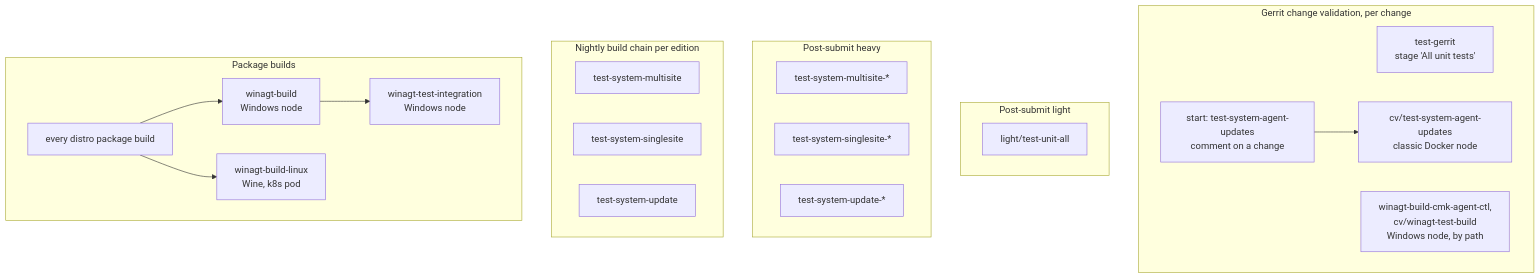
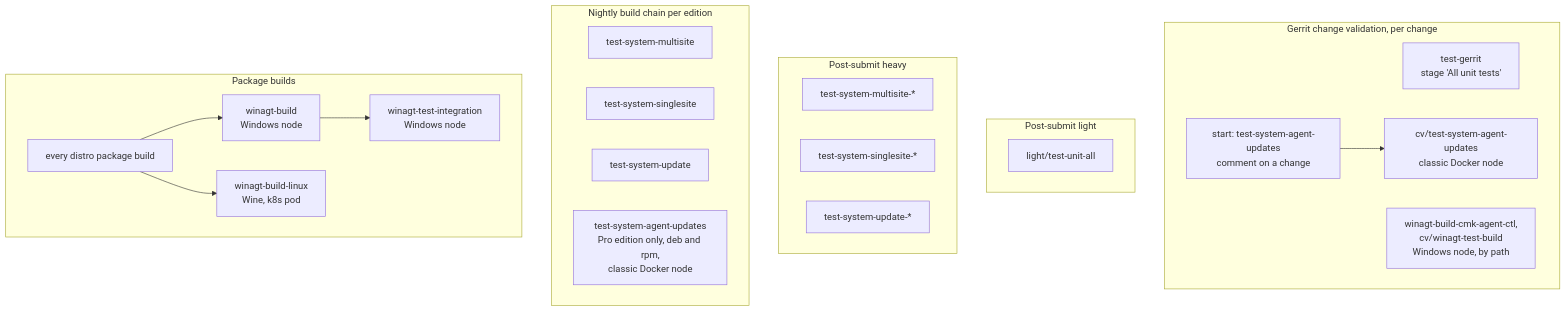
The diagram in packages/cmk-agent-ctl/tests/docs/ci-jobs.md (Checkmk/checkmk), drawn with Mermaid before and after one commit. The commit also changed other lines of this file and 1 other file, not shown here.

First line of the commit message:
CI: run the agent update suite nightly

````diff
--- a/packages/cmk-agent-ctl/tests/docs/ci-jobs.md
+++ b/packages/cmk-agent-ctl/tests/docs/ci-jobs.md
@@ -8,36 +8,37 @@
 ```mermaid
 flowchart TD
     subgraph CV["Gerrit change validation, per change"]
         TG["test-gerrit<br/>stage 'All unit tests'"]
         START["start: test-system-agent-updates<br/>comment on a change"]
         AU["cv/test-system-agent-updates<br/>classic Docker node"]
         START --> AU
         WIN["winagt-build-cmk-agent-ctl,<br/>cv/winagt-test-build<br/>Windows node, by path"]
     end
 
     subgraph LIGHT["Post-submit light"]
         TUA["light/test-unit-all"]
     end
 
     subgraph HEAVY["Post-submit heavy"]
         HM["test-system-multisite-*"]
         HS["test-system-singlesite-*"]
         HU["test-system-update-*"]
     end
 
     subgraph NIGHTLY["Nightly build chain per edition"]
         NM["test-system-multisite"]
         NS["test-system-singlesite"]
         NU["test-system-update"]
+        NAU["test-system-agent-updates<br/>Pro edition only, deb and rpm,<br/>classic Docker node"]
     end
 
     subgraph PKG["Package builds"]
         PAB["every distro package build"]
         WB["winagt-build<br/>Windows node"]
         WBL["winagt-build-linux<br/>Wine, k8s pod"]
         WTI["winagt-test-integration<br/>Windows node"]
         PAB --> WB
         PAB --> WBL
         WB --> WTI
     end
 ```
````
